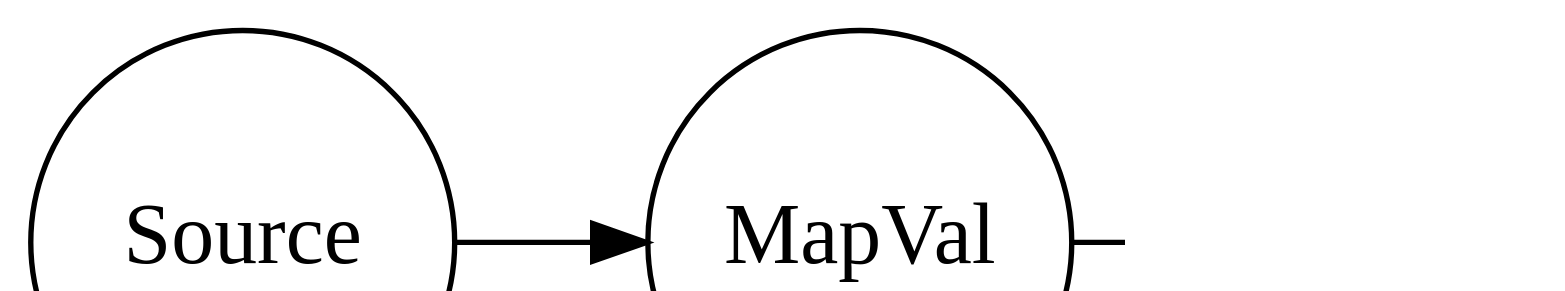
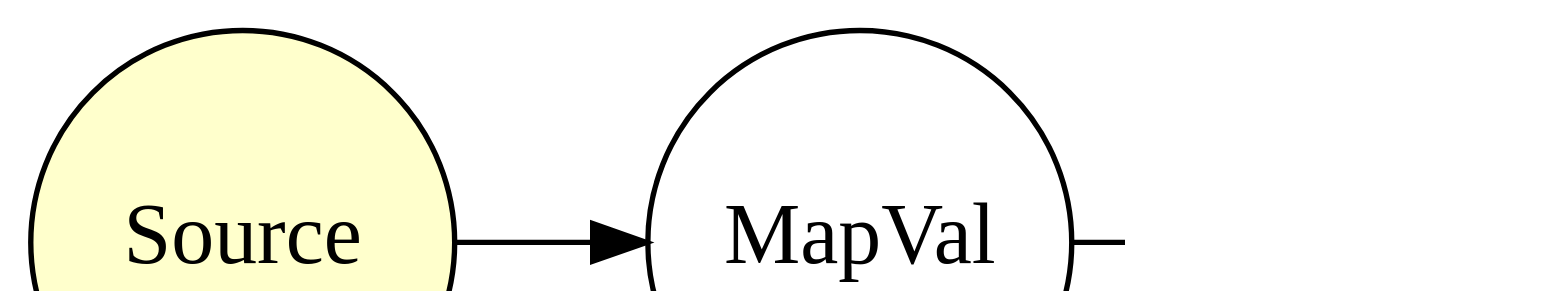
Before and after one commit to inponomarev/kslides-short: the second of 19 diagrams in kstreams.adoc, drawn with Graphviz. The commit also changed other lines of this file and 18 other files, not shown here.

```diff
--- a/kstreams.adoc
+++ b/kstreams.adoc
@@ -296,11 +242,11 @@
-[graphviz, "yelling-topology.png"]
+[graphviz, "yelling-topology1.png"]
 -----
 digraph G {
 graph [ dpi = 150 ]; 
 rankdir="LR";
 node [fontsize=16; shape="circle"; fixedsize="true"; width="1.1"];
-
+Source[style=filled; fillcolor="#ffffcc"];
 Source -> MapVal -> Sink
 
 }
 -----
```
